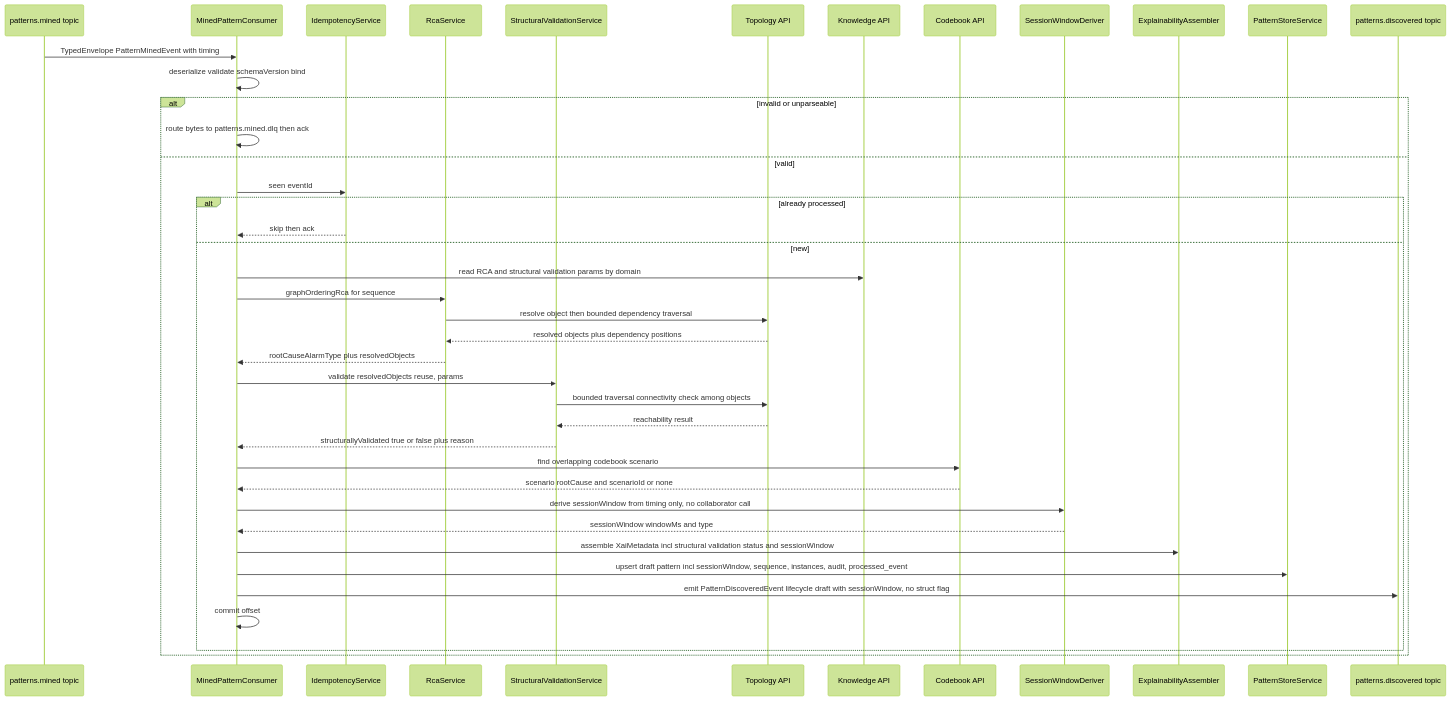
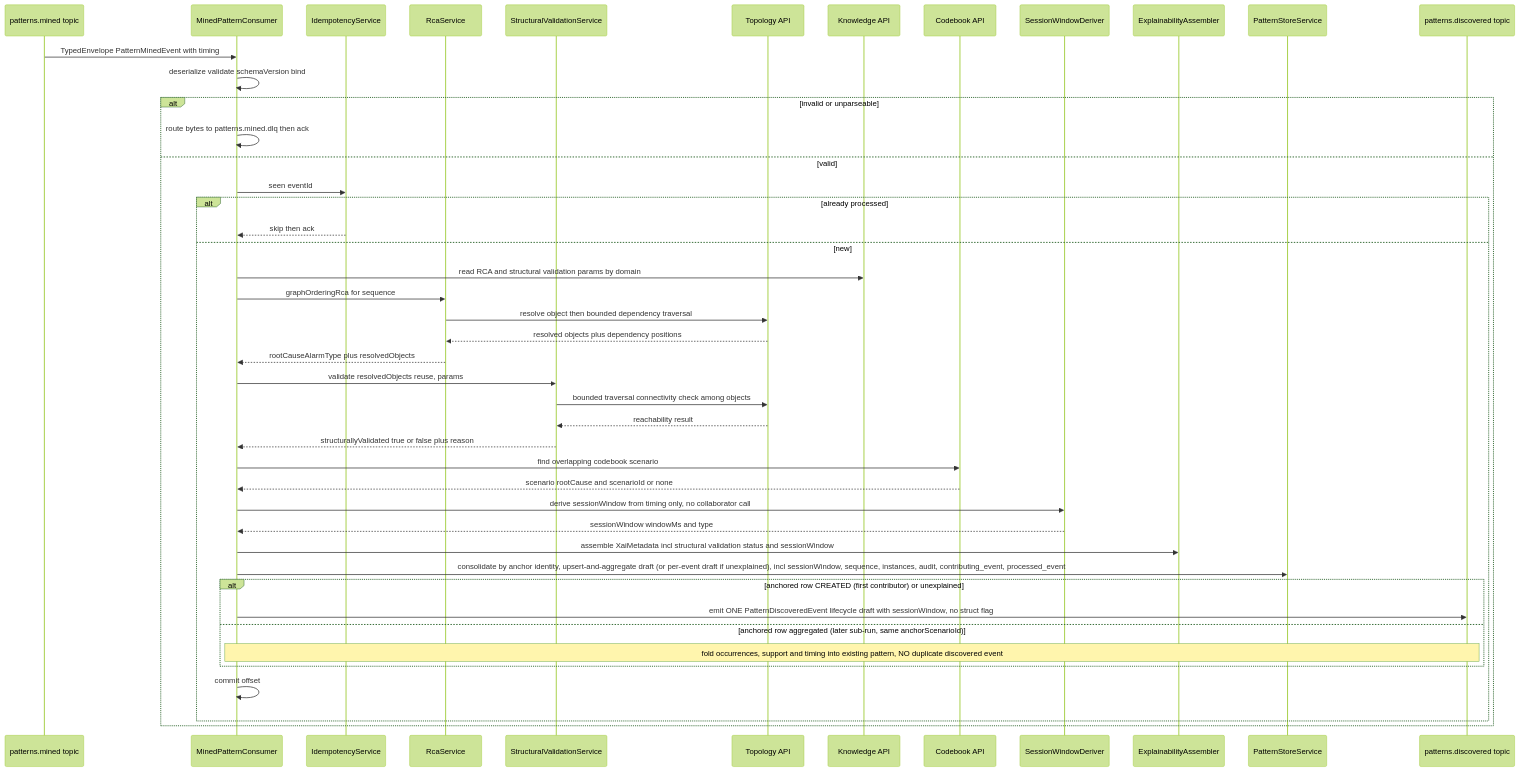
The fourth of 11 diagrams in services/pattern-manager/design.md (nikhilmohan/correlation-platform), drawn with Mermaid (forest theme) before and after one commit. The commit also changed other lines of this file, not shown here.

````diff
--- a/services/pattern-manager/design.md
+++ b/services/pattern-manager/design.md
@@ -560,43 +644,47 @@
 ```mermaid
 sequenceDiagram
   participant K as patterns.mined topic
   participant C as MinedPatternConsumer
   participant I as IdempotencyService
   participant R as RcaService
   participant V as StructuralValidationService
   participant T as Topology API
   participant N as Knowledge API
   participant B as Codebook API
   participant W as SessionWindowDeriver
   participant X as ExplainabilityAssembler
   participant S as PatternStoreService
   participant P as patterns.discovered topic
   K->>C: TypedEnvelope PatternMinedEvent with timing
   C->>C: deserialize validate schemaVersion bind
   alt invalid or unparseable
     C->>C: route bytes to patterns.mined.dlq then ack
   else valid
     C->>I: seen eventId
     alt already processed
       I-->>C: skip then ack
     else new
       C->>N: read RCA and structural validation params by domain
       C->>R: graphOrderingRca for sequence
       R->>T: resolve object then bounded dependency traversal
       T-->>R: resolved objects plus dependency positions
       R-->>C: rootCauseAlarmType plus resolvedObjects
       C->>V: validate resolvedObjects reuse, params
       V->>T: bounded traversal connectivity check among objects
       T-->>V: reachability result
       V-->>C: structurallyValidated true or false plus reason
       C->>B: find overlapping codebook scenario
       B-->>C: scenario rootCause and scenarioId or none
       C->>W: derive sessionWindow from timing only, no collaborator call
       W-->>C: sessionWindow windowMs and type
       C->>X: assemble XaiMetadata incl structural validation status and sessionWindow
-      C->>S: upsert draft pattern incl sessionWindow, sequence, instances, audit, processed_event
-      C->>P: emit PatternDiscoveredEvent lifecycle draft with sessionWindow, no struct flag
+      C->>S: consolidate by anchor identity, upsert-and-aggregate draft (or per-event draft if unexplained), incl sessionWindow, sequence, instances, audit, contributing_event, processed_event
+      alt anchored row CREATED (first contributor) or unexplained
+        C->>P: emit ONE PatternDiscoveredEvent lifecycle draft with sessionWindow, no struct flag
+      else anchored row aggregated (later sub-run, same anchorScenarioId)
+        Note over C,P: fold occurrences, support and timing into existing pattern, NO duplicate discovered event
+      end
       C->>C: commit offset
     end
   end
 ```
````
